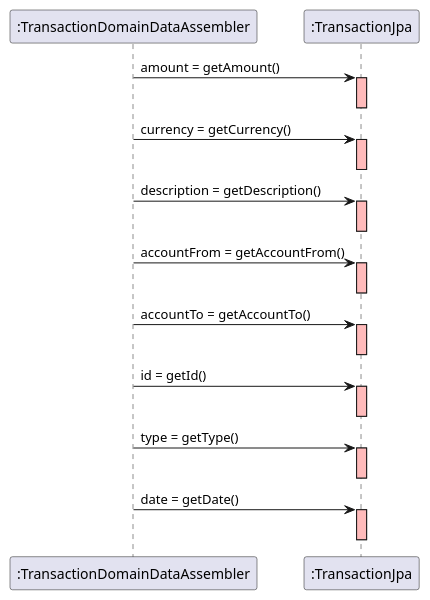
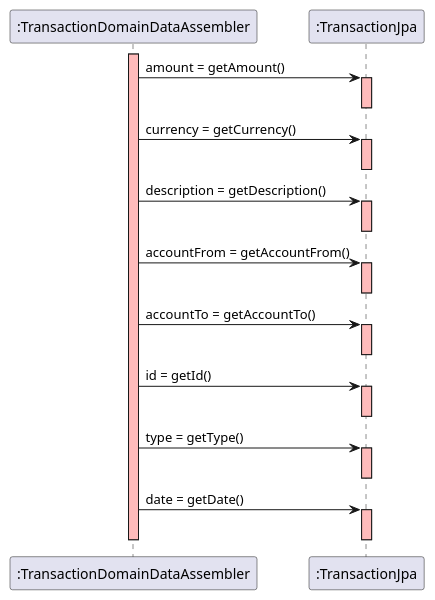
Before and after one commit to mleitaoribeiro/DevOpsMaven: the diagram in src/main/java/switch2019/project/controllerLayer/rest/US008CreatePersonTransactionControllerRest_P2_2Get.puml, drawn with PlantUML. The commit also changed 3 other files, not shown here.

Commit message:
ref #970: US08 - updated Sequence Diagram

```diff
--- a/src/main/java/switch2019/project/controllerLayer/rest/US008CreatePersonTransactionControllerRest_P2_2Get.puml
+++ b/src/main/java/switch2019/project/controllerLayer/rest/US008CreatePersonTransactionControllerRest_P2_2Get.puml
@@ -1,31 +1,31 @@
 @startuml
 
-
+activate ":TransactionDomainDataAssembler" #FFBBBB
 ":TransactionDomainDataAssembler"->":TransactionJpa" : amount = getAmount()
 activate ":TransactionJpa" #FFBBBB
 deactivate ":TransactionJpa"
 ":TransactionDomainDataAssembler"->":TransactionJpa" : currency = getCurrency()
 activate ":TransactionJpa" #FFBBBB
 deactivate ":TransactionJpa"
 ":TransactionDomainDataAssembler"->":TransactionJpa" : description = getDescription()
 activate ":TransactionJpa" #FFBBBB
 deactivate ":TransactionJpa"
 ":TransactionDomainDataAssembler"->":TransactionJpa" : accountFrom = getAccountFrom()
 activate ":TransactionJpa" #FFBBBB
 deactivate ":TransactionJpa"
 ":TransactionDomainDataAssembler"->":TransactionJpa" : accountTo = getAccountTo()
 activate ":TransactionJpa" #FFBBBB
 deactivate ":TransactionJpa"
 ":TransactionDomainDataAssembler"->":TransactionJpa" : id = getId()
 activate ":TransactionJpa" #FFBBBB
 deactivate ":TransactionJpa"
 ":TransactionDomainDataAssembler"->":TransactionJpa" : type = getType()
 activate ":TransactionJpa" #FFBBBB
 deactivate ":TransactionJpa"
 ":TransactionDomainDataAssembler"->":TransactionJpa" : date = getDate()
 activate ":TransactionJpa" #FFBBBB
 deactivate ":TransactionJpa"
-
+deactivate ":TransactionDomainDataAssembler" #FFBBBB
 
 
 @enduml
```
